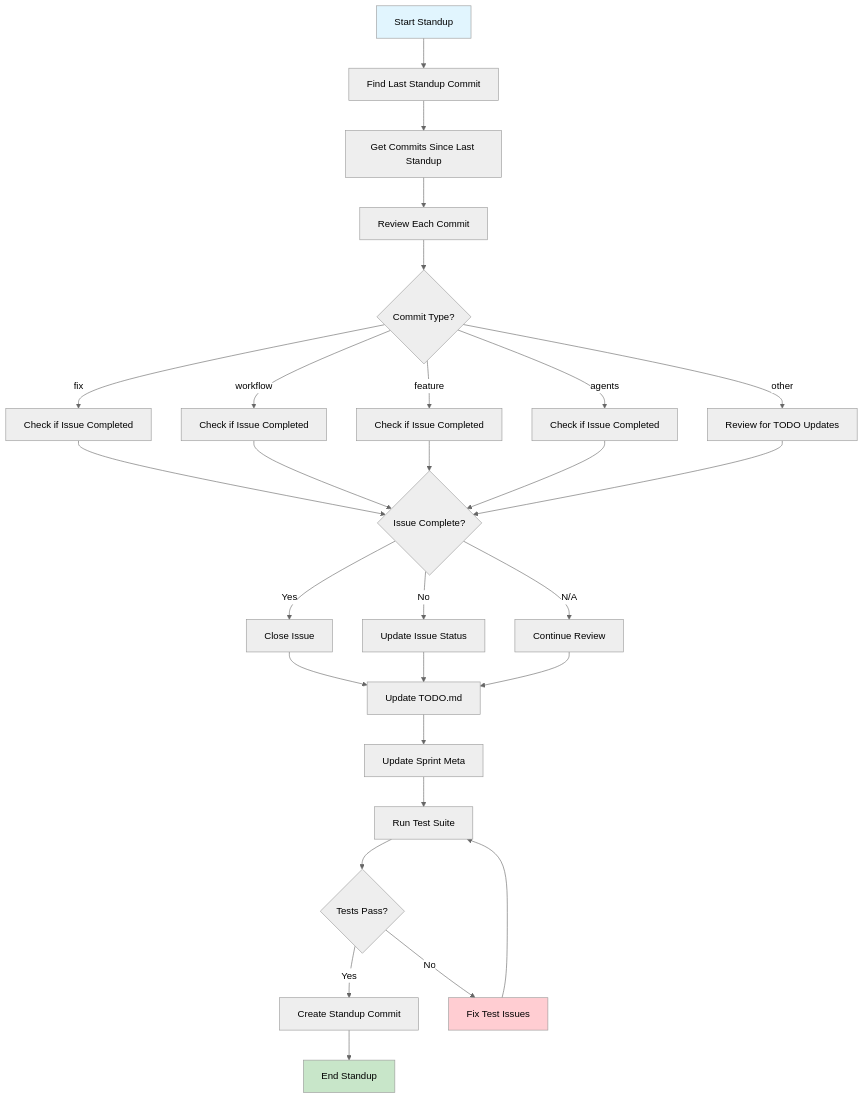
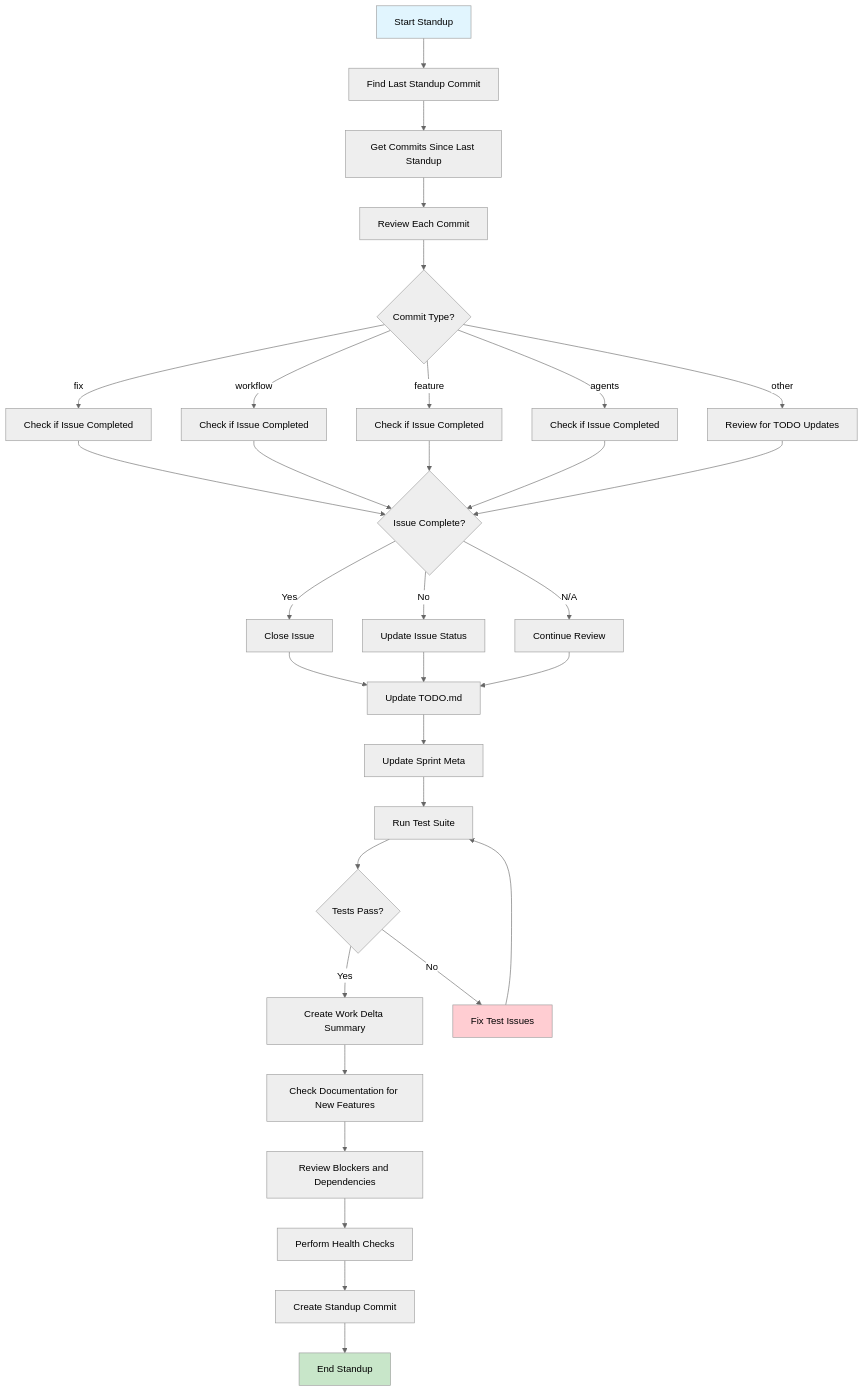
Before and after one commit to plva/econexyz: the diagram in docs/workflows/standup_workflow.md, drawn with Mermaid (neutral theme). The commit also changed other lines of this file and 1 other file, not shown here.

Commit message:
[workflow] enhance standup with new checks

````diff
--- a/docs/workflows/standup_workflow.md
+++ b/docs/workflows/standup_workflow.md
@@ -15,41 +17,45 @@
 ```mermaid
 flowchart TD
     A[Start Standup] --> B[Find Last Standup Commit]
     B --> C[Get Commits Since Last Standup]
     C --> D[Review Each Commit]
     D --> E{Commit Type?}
     
     E -->|fix| F[Check if Issue Completed]
     E -->|workflow| G[Check if Issue Completed]
     E -->|feature| H[Check if Issue Completed]
     E -->|agents| I[Check if Issue Completed]
     E -->|other| J[Review for TODO Updates]
     
     F --> K{Issue Complete?}
     G --> K
     H --> K
     I --> K
     J --> K
     
     K -->|Yes| L[Close Issue]
     K -->|No| M[Update Issue Status]
     K -->|N/A| N[Continue Review]
     
     L --> O[Update TODO.md]
     M --> O
     N --> O
     
     O --> P[Update Sprint Meta]
     P --> Q[Run Test Suite]
     Q --> R{Tests Pass?}
     
-    R -->|Yes| S[Create Standup Commit]
+    R -->|Yes| S[Create Work Delta Summary]
     R -->|No| T[Fix Test Issues]
     T --> Q
     
-    S --> U[End Standup]
+    S --> U[Check Documentation for New Features]
+    U --> V[Review Blockers and Dependencies]
+    V --> W[Perform Health Checks]
+    W --> X[Create Standup Commit]
+    X --> Y[End Standup]
     
     style A fill:#e1f5fe
-    style U fill:#c8e6c9
+    style Y fill:#c8e6c9
     style T fill:#ffcdd2
 ```
````
